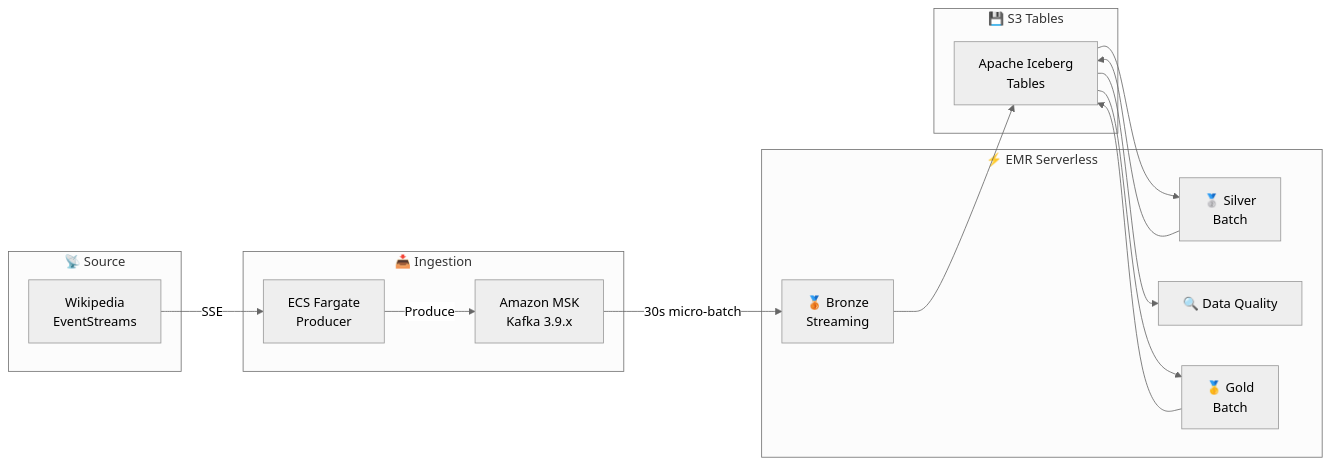
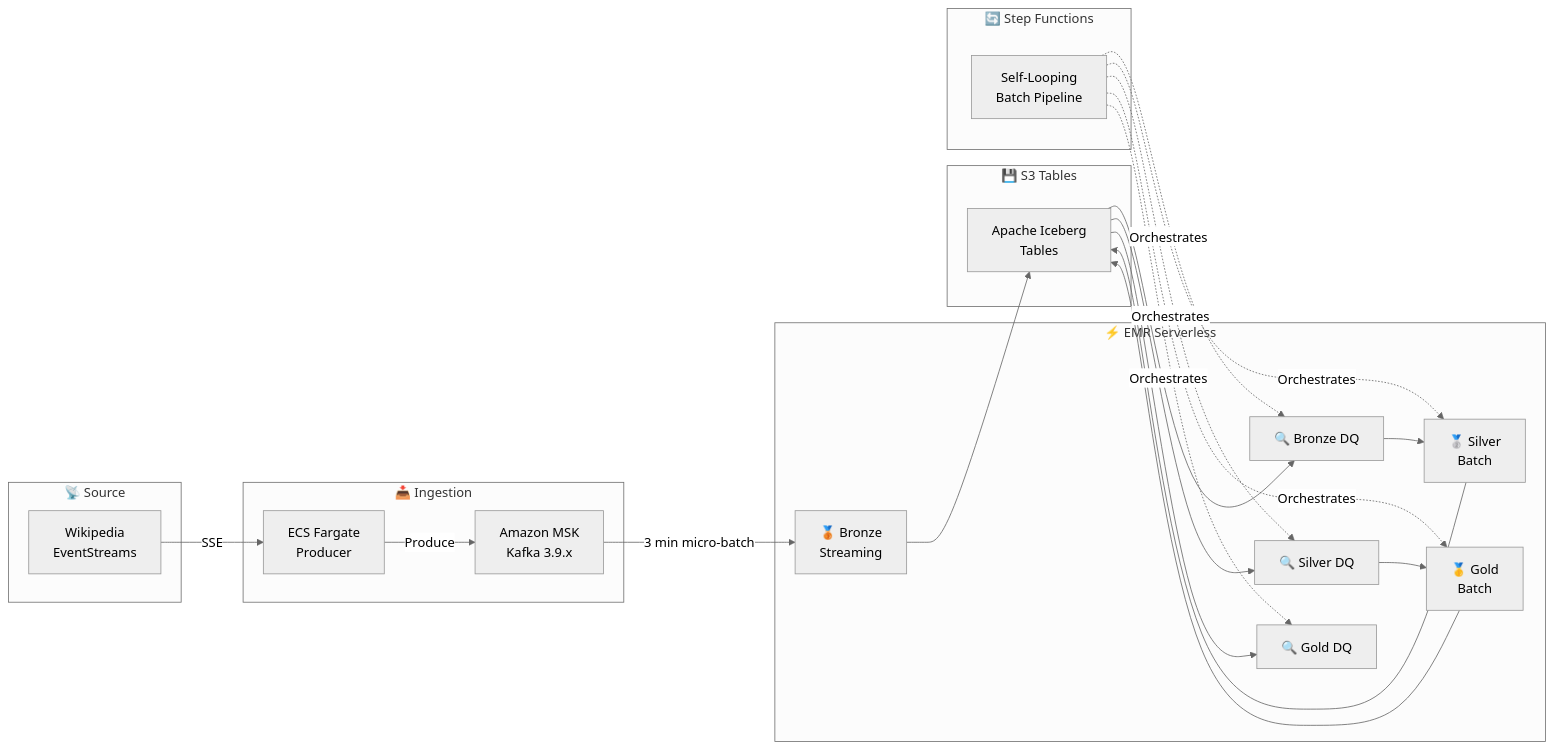
One commit to mdshihabullah/wikistream-event-data-pipeline-aws changed the first of 2 diagrams in README.md. Above: the diagram before and after it, drawn with Mermaid (neutral theme). The commit also changed other lines of this file, not shown here.

Commit message:
docs: update README to reflect changes in architecture, data quality gates and processing flow

````diff
--- a/README.md
+++ b/README.md
@@ -64,32 +64,45 @@
 ```mermaid
 flowchart LR
     subgraph Sources["📡 Source"]
         WM["Wikipedia<br/>EventStreams"]
     end
 
     subgraph Ingestion["📥 Ingestion"]
         ECS["ECS Fargate<br/>Producer"]
         MSK["Amazon MSK<br/>Kafka 3.9.x"]
     end
 
     subgraph Processing["⚡ EMR Serverless"]
         BRONZE["🥉 Bronze<br/>Streaming"]
+        BDQ["🔍 Bronze DQ"]
         SILVER["🥈 Silver<br/>Batch"]
-        DQ["🔍 Data Quality"]
+        SDQ["🔍 Silver DQ"]
         GOLD["🥇 Gold<br/>Batch"]
+        GDQ["🔍 Gold DQ"]
     end
 
     subgraph Storage["💾 S3 Tables"]
         ICE["Apache Iceberg<br/>Tables"]
     end
 
+    subgraph Orchestration["🔄 Step Functions"]
+        SF["Self-Looping<br/>Batch Pipeline"]
+    end
+
     WM -->|SSE| ECS
     ECS -->|Produce| MSK
-    MSK -->|30s micro-batch| BRONZE
+    MSK -->|3 min micro-batch| BRONZE
     BRONZE --> ICE
-    ICE --> SILVER
+    ICE --> BDQ
+    BDQ --> SILVER
     SILVER --> ICE
-    ICE --> DQ
-    ICE --> GOLD
+    ICE --> SDQ
+    SDQ --> GOLD
     GOLD --> ICE
+    ICE --> GDQ
+    SF -.->|Orchestrates| BDQ
+    SF -.->|Orchestrates| SILVER
+    SF -.->|Orchestrates| SDQ
+    SF -.->|Orchestrates| GOLD
+    SF -.->|Orchestrates| GDQ
 ```
````
